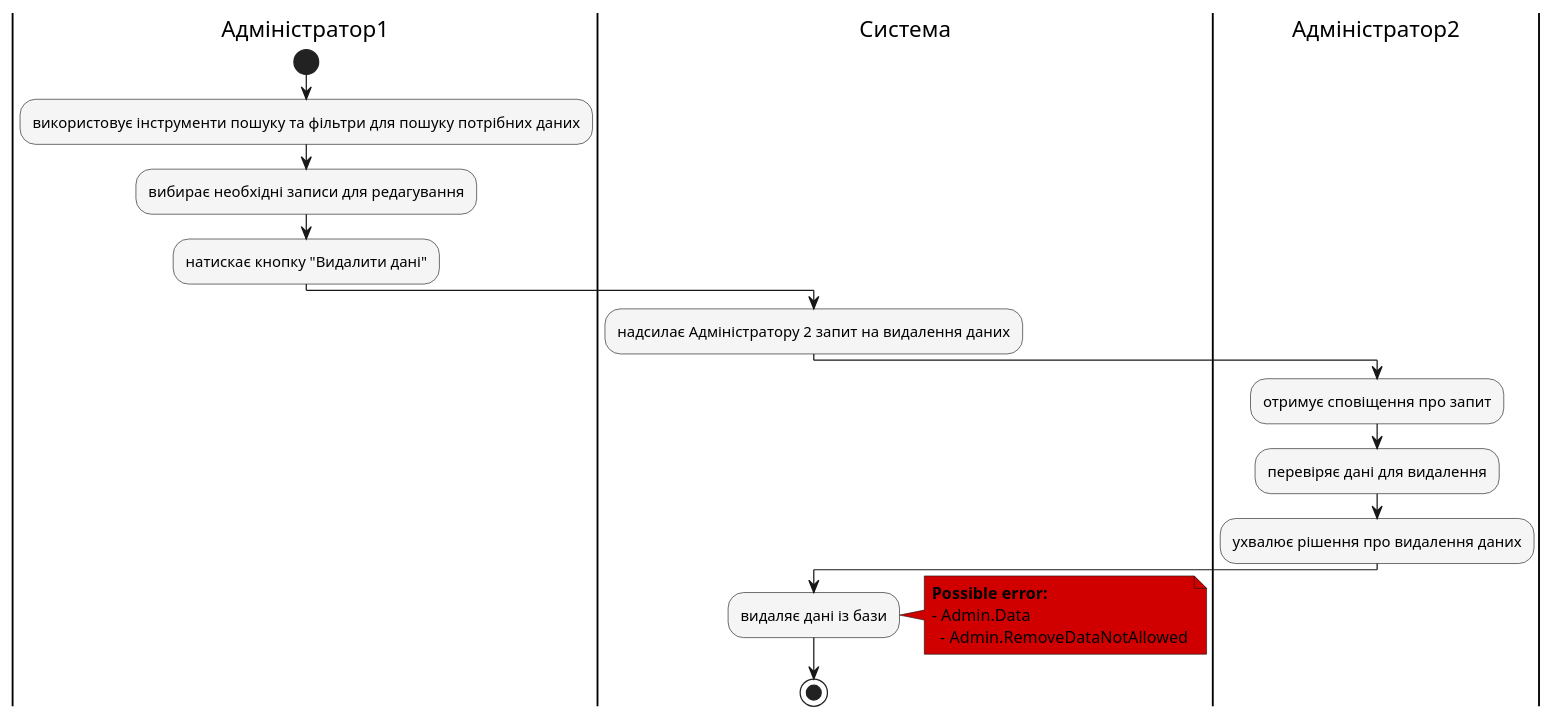
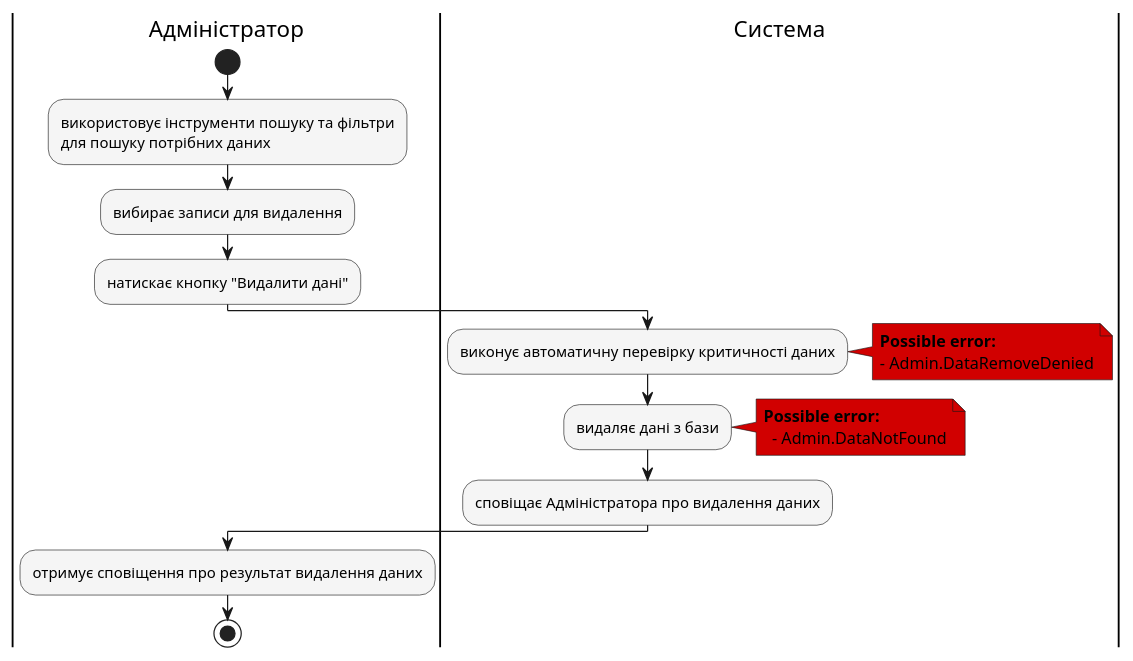
Before and after one commit to panther21Lw/db_labs_io31: diagram 25 of 25 in docs/use cases/README.md, drawn with PlantUML. The commit also changed other lines of this file and 1 other file, not shown here.

Commit message:
Change logic of three last use-cases for admin

```diff
--- a/docs/use cases/README.md
+++ b/docs/use cases/README.md
@@ -909,24 +911,25 @@
 @startuml
 
     skinparam ActivityBackgroundColor #f5f5f5
-    |Адміністратор1|
+    |Адміністратор|
     start
-    :використовує інструменти пошуку та фільтри для пошуку потрібних даних;
-    :вибирає необхідні записи для редагування;
+    :використовує інструменти пошуку та фільтри\nдля пошуку потрібних даних;
+    :вибирає записи для видалення;
     :натискає кнопку "Видалити дані";
     |Система|
-    :надсилає Адміністратору 2 запит на видалення даних;
-    |Адміністратор2|
-    :отримує сповіщення про запит;
-    :перевіряє дані для видалення;
-    :ухвалює рішення про видалення даних;
-    |Система|
-    :видаляє дані із бази;
+    :виконує автоматичну перевірку критичності даних;
     note right #d10000
     <b>Possible error:
-    - Admin.Data
-      - Admin.RemoveDataNotAllowed
+    - Admin.DataRemoveDenied
+    end note
+    :видаляє дані з бази;
+    note right #d10000
+    <b>Possible error:
+      - Admin.DataNotFound
       end note
+      :сповіщає Адміністратора про видалення даних;
+      |Адміністратор|
+      :отримує сповіщення про результат видалення даних;
       stop
-
+    
 @enduml
```
